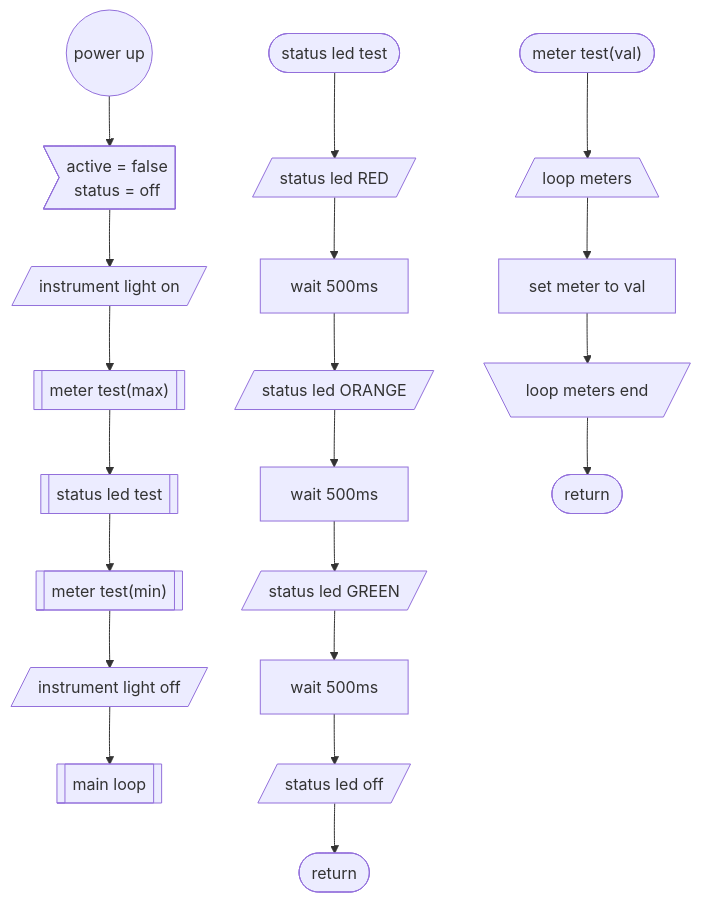
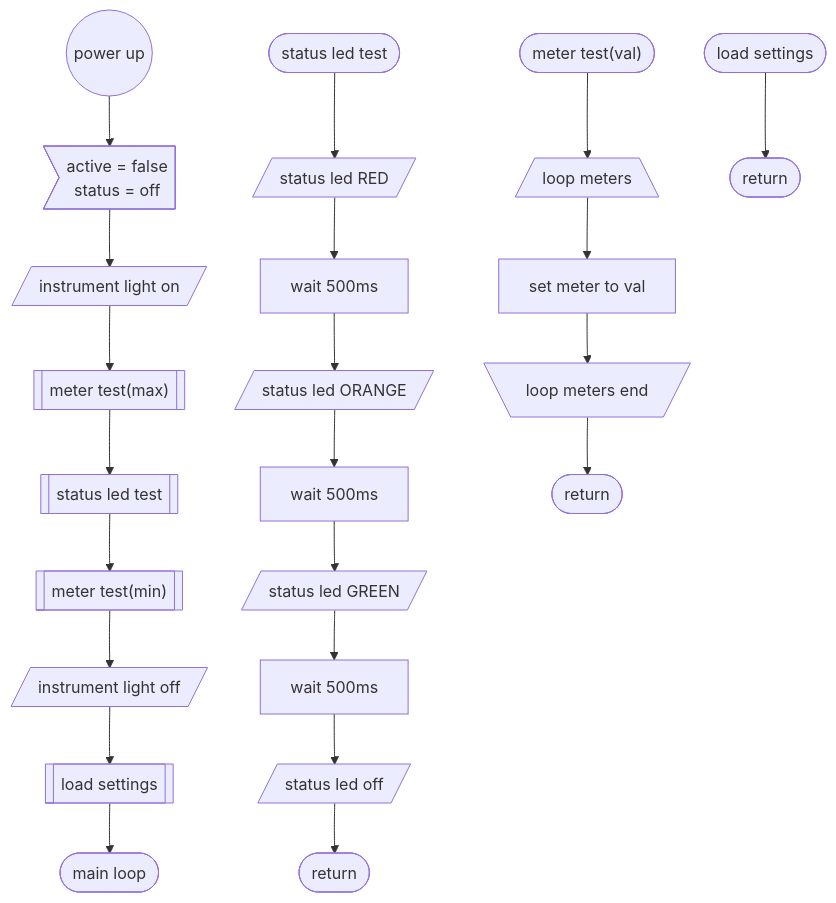
One commit to loco-can/loco-can-software changed the second of 3 diagrams in Loco_can_controller/FLOATCHART.md. Above: the diagram before and after it, drawn with Mermaid. The commit also changed other lines of this file, not shown here.

````diff
--- a/Loco_can_controller/FLOATCHART.md
+++ b/Loco_can_controller/FLOATCHART.md
@@ -3,18 +13,23 @@
 ```mermaid
 graph TD;
     START((power up)) --> INIT>active = false\nstatus = off];
     INIT --> INSTR_ON[/instrument light on/];
     INSTR_ON --> METER_MAX[["meter test(max)"]];
     METER_MAX --> LED[["status led test"]] --> METER_MIN[["meter test(min)"]];
     METER_MIN --> INSTR_OFF[/instrument light off/];
-    INSTR_OFF --> INITEND[[main loop]];
+    INSTR_OFF --> LOAD_SETTINGS[[load settings]];
+    LOAD_SETTINGS --> INITEND([main loop]);
 
     LED_TEST([status led test]) --> LED_RED;
     LED_RED[/status led RED/] --> WAIT_RED[wait 500ms] --> LED_ORANGE;
     LED_ORANGE[/status led ORANGE/] --> WAIT_ORANGE[wait 500ms] --> LED_GREEN;
     LED_GREEN[/status led GREEN/] --> WAIT_GREEN[wait 500ms] --> LED_OFF[/status led off/] --> LED_TEST_END([return]);
 
     METER_TEST(["meter test(val)"]) --> METER_TEST_LOOP[/loop meters\];
     METER_TEST_LOOP --> METER_SET[set meter to val] --> METER_TEST_LOOP_END[\loop meters end/];
     METER_TEST_LOOP_END --> METER_TEST_END([return]);
+
+    LOADSETTINGS([load settings]) --> ENDLOAD;
+    
+    ENDLOAD([return]);
   ```
````
